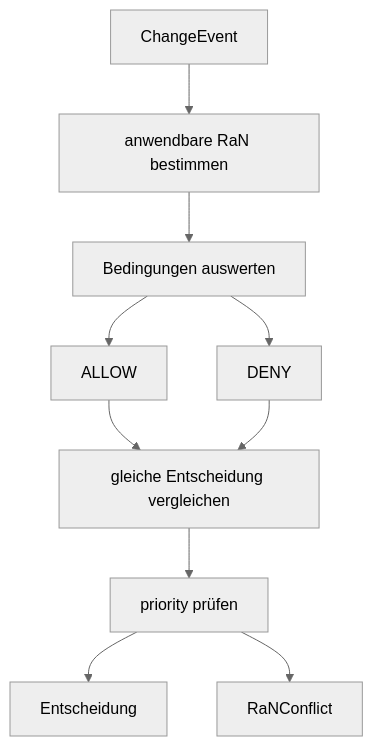
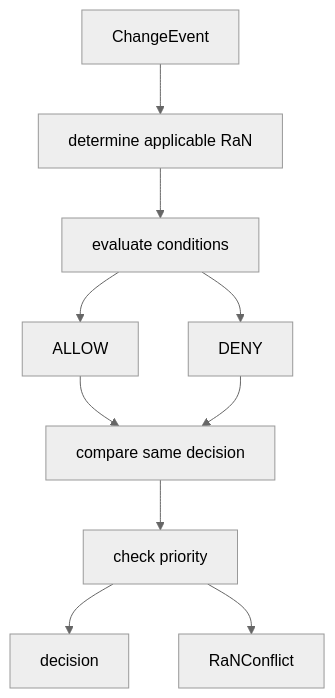
One commit to eeimicke/junaco-jci-loop changed the diagram in docs/diagrams/sources/ran-evaluation.mmd. Above: the diagram before and after it, drawn with Mermaid (neutral theme). The commit also changed 18 other files, not shown here.

```diff
--- a/docs/diagrams/sources/ran-evaluation.mmd
+++ b/docs/diagrams/sources/ran-evaluation.mmd
@@ -1,10 +1,10 @@
 flowchart TD
-    ChangeEvent --> Applicable[anwendbare RaN bestimmen]
-    Applicable --> Evaluate[Bedingungen auswerten]
+    ChangeEvent --> Applicable[determine applicable RaN]
+    Applicable --> Evaluate[evaluate conditions]
     Evaluate --> Allow[ALLOW]
     Evaluate --> Deny[DENY]
-    Allow --> Compare[gleiche Entscheidung vergleichen]
+    Allow --> Compare[compare same decision]
     Deny --> Compare
-    Compare --> Priority[priority prüfen]
-    Priority --> Decision[Entscheidung]
+    Compare --> Priority[check priority]
+    Priority --> Decision[decision]
     Priority --> Conflict[RaNConflict]
```
